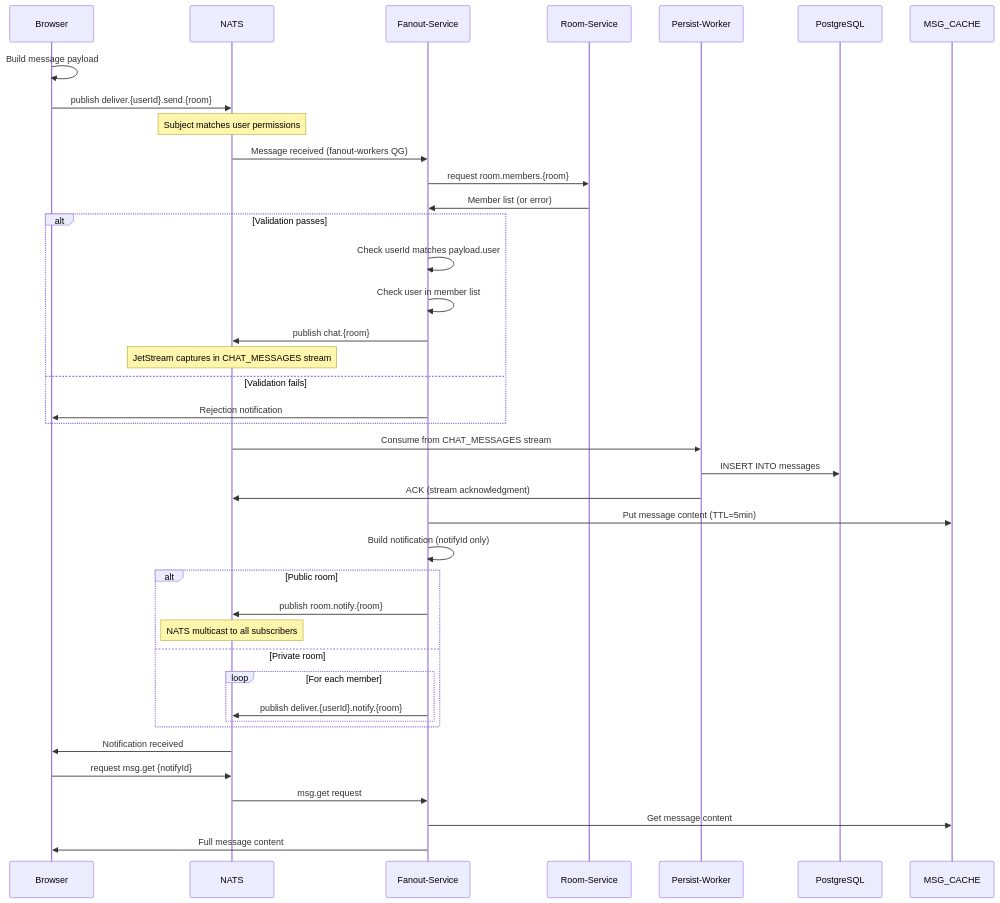
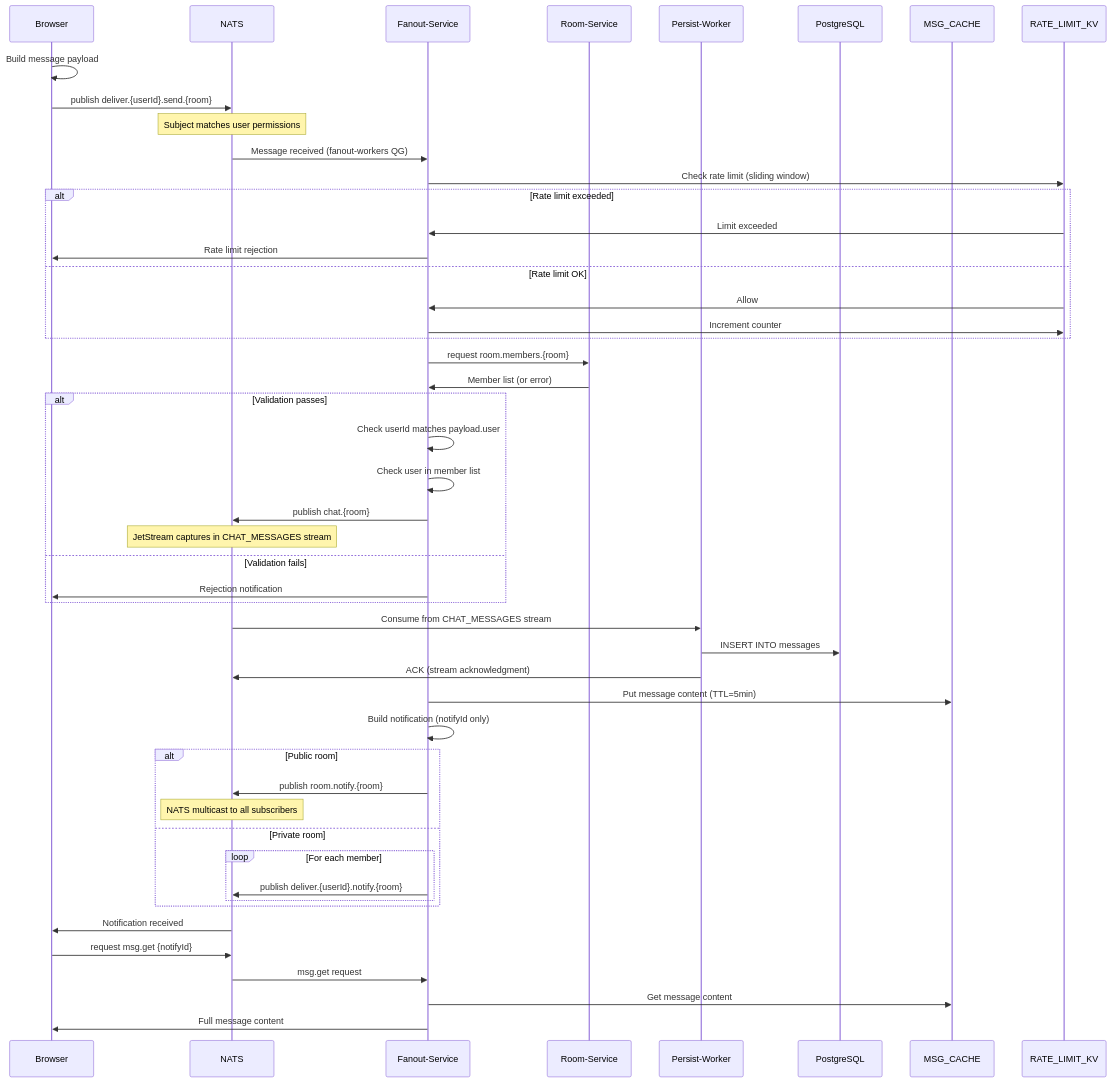
Before and after one commit to julianshen/nats-chat-keycloak: the second of 9 diagrams in docs/seq.md, drawn with Mermaid. The commit also changed 3 other files, not shown here.

````diff
--- a/docs/seq.md
+++ b/docs/seq.md
@@ -51,50 +51,60 @@
 ```mermaid
 sequenceDiagram
     participant B as Browser
     participant N as NATS
     participant F as Fanout-Service
     participant R as Room-Service
     participant P as Persist-Worker
     participant DB as PostgreSQL
     participant KV as MSG_CACHE
+    participant RL as RATE_LIMIT_KV
 
     B->>B: Build message payload
     B->>N: publish deliver.{userId}.send.{room}
     Note over N: Subject matches user permissions
 
     N->>F: Message received (fanout-workers QG)
+    
+    F->>RL: Check rate limit (sliding window)
+    alt Rate limit exceeded
+        RL->>F: Limit exceeded
+        F->>B: Rate limit rejection
+    else Rate limit OK
+        RL->>F: Allow
+        F->>RL: Increment counter
+    end
     
     F->>R: request room.members.{room}
     R->>F: Member list (or error)
     
     alt Validation passes
         F->>F: Check userId matches payload.user
         F->>F: Check user in member list
         F->>N: publish chat.{room}
         Note over N: JetStream captures in CHAT_MESSAGES stream
     else Validation fails
         F->>B: Rejection notification
     end
 
     N->>P: Consume from CHAT_MESSAGES stream
     P->>DB: INSERT INTO messages
     P->>N: ACK (stream acknowledgment)
 
     F->>KV: Put message content (TTL=5min)
     F->>F: Build notification (notifyId only)
     
     alt Public room
         F->>N: publish room.notify.{room}
         Note over N: NATS multicast to all subscribers
     else Private room
         loop For each member
             F->>N: publish deliver.{userId}.notify.{room}
         end
     end
 
     N->>B: Notification received
     B->>N: request msg.get {notifyId}
     N->>F: msg.get request
     F->>KV: Get message content
     F->>B: Full message content
 ```
````
